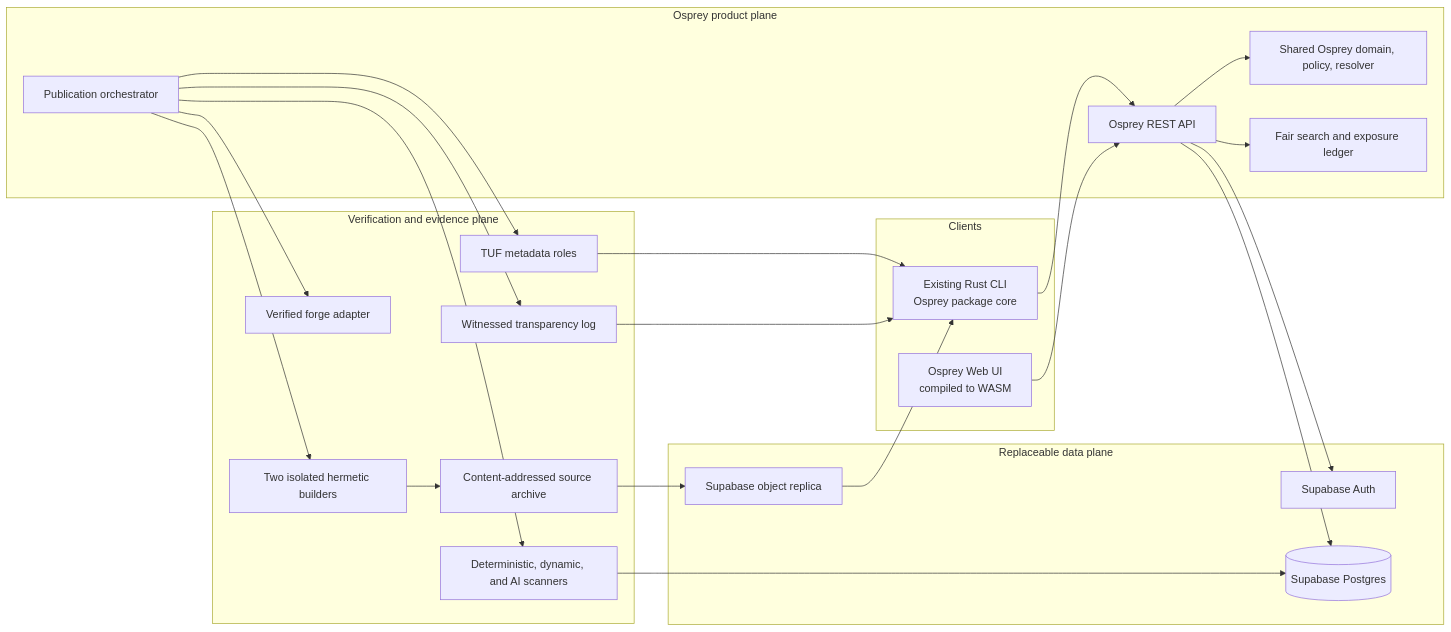
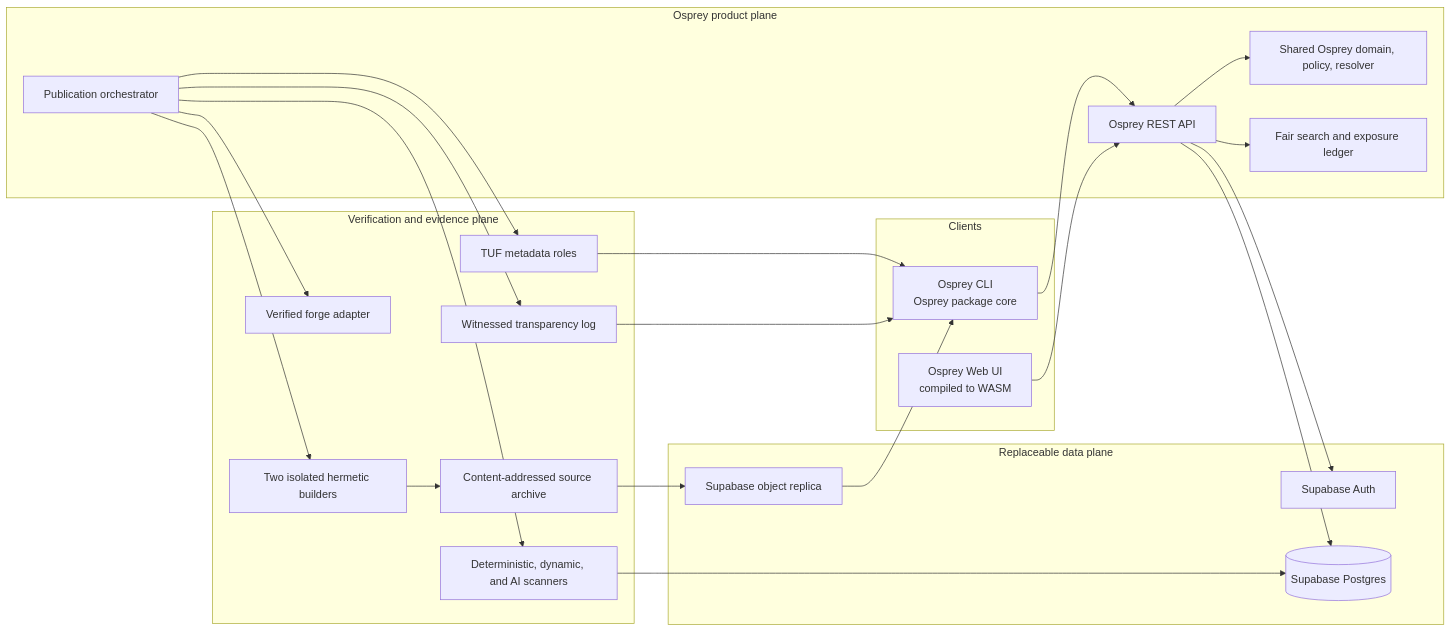
The first of 2 diagrams in docs/specs/0029-PackageManagement.md (Nimblesite/osprey), drawn with Mermaid before and after one commit. The commit also changed other lines of this file and 369 other files, not shown here.

````diff
--- a/docs/specs/0029-PackageManagement.md
+++ b/docs/specs/0029-PackageManagement.md
@@ -88,43 +88,43 @@
 ```mermaid
 flowchart LR
     subgraph Clients
-        CLI[Existing Rust CLI\nOsprey package core]
+        CLI[Osprey CLI\nOsprey package core]
         WEB[Osprey Web UI\ncompiled to WASM]
     end
     subgraph ProductPlane[Osprey product plane]
         API[Osprey REST API]
         CORE[Shared Osprey domain, policy, resolver]
         PUB[Publication orchestrator]
         SEARCH[Fair search and exposure ledger]
     end
     subgraph DataPlane[Replaceable data plane]
         AUTH[Supabase Auth]
         DB[(Supabase Postgres)]
         STORE[Supabase object replica]
     end
     subgraph EvidencePlane[Verification and evidence plane]
         FORGE[Verified forge adapter]
         BUILD[Two isolated hermetic builders]
         SCAN[Deterministic, dynamic, and AI scanners]
         CAS[Content-addressed source archive]
         TUF[TUF metadata roles]
         LOG[Witnessed transparency log]
     end
     CLI --> API
     WEB --> API
     API --> CORE
     API --> AUTH
     API --> DB
     API --> SEARCH
     PUB --> FORGE
     PUB --> BUILD
     PUB --> SCAN
     BUILD --> CAS
     SCAN --> DB
     PUB --> TUF
     PUB --> LOG
     CAS --> STORE
     TUF --> CLI
     LOG --> CLI
     STORE --> CLI
 ```
````
